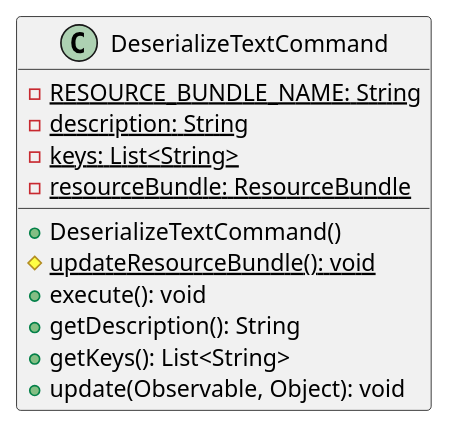
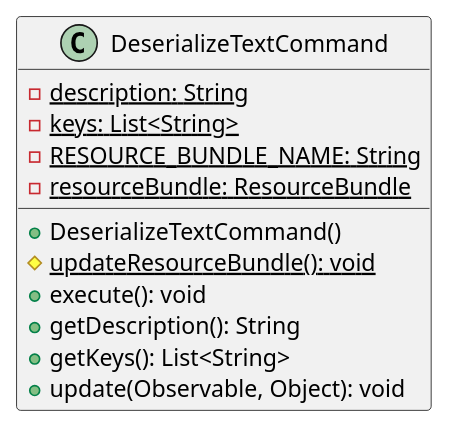
The diagram in malokhvii-eduard/malokhvii04/doc/plantuml/ua/khpi/oop/malokhvii04/shell/commands/text/DeserializeTextCommand.puml (P-Kalin/kit26a), drawn with PlantUML before and after one commit. The commit also changed other lines of this file and 9 other files, not shown here.

Commit message:
#1, #3 malokhvii04: update graphs

```diff
--- a/malokhvii-eduard/malokhvii04/doc/plantuml/ua/khpi/oop/malokhvii04/shell/commands/text/DeserializeTextCommand.puml
+++ b/malokhvii-eduard/malokhvii04/doc/plantuml/ua/khpi/oop/malokhvii04/shell/commands/text/DeserializeTextCommand.puml
@@ -1,16 +1,16 @@
 @startuml
 
     class DeserializeTextCommand {
-        {static} -RESOURCE_BUNDLE_NAME: String
         {static} -description: String
         {static} -keys: List<String>
+        {static} -RESOURCE_BUNDLE_NAME: String
         {static} -resourceBundle: ResourceBundle
         +DeserializeTextCommand()
         {static} #updateResourceBundle(): void
         +execute(): void
         +getDescription(): String
         +getKeys(): List<String>
         +update(Observable, Object): void
     }
 
 @enduml
```
